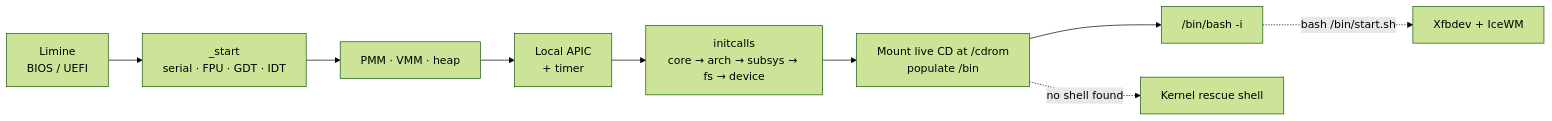
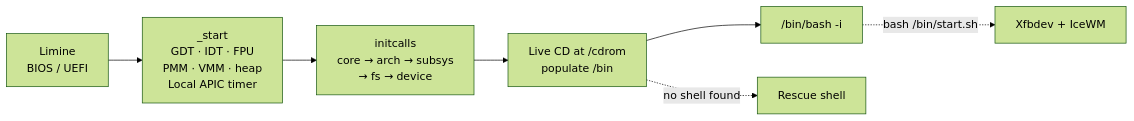
Before and after one commit to Equinox-Collective/EquantOS: the second of 2 diagrams in README.md, drawn with Mermaid (forest theme).

Commit message:
README: make boot sequence diagram more compact

````diff
--- a/README.md
+++ b/README.md
@@ -215,11 +215,9 @@
 ```mermaid
 flowchart LR
-    A["Limine<br/>BIOS / UEFI"] --> B["_start<br/>serial · FPU · GDT · IDT"]
-    B --> C["PMM · VMM · heap"]
-    C --> D["Local APIC<br/>+ timer"]
-    D --> E["initcalls<br/>core → arch → subsys → fs → device"]
-    E --> F["Mount live CD at /cdrom<br/>populate /bin"]
+    A["Limine<br/>BIOS / UEFI"] --> B["_start<br/>GDT · IDT · FPU<br/>PMM · VMM · heap<br/>Local APIC timer"]
+    B --> E["initcalls<br/>core → arch → subsys<br/>→ fs → device"]
+    E --> F["Live CD at /cdrom<br/>populate /bin"]
     F --> G["/bin/bash -i"]
     G -.->|"bash /bin/start.sh"| H["Xfbdev + IceWM"]
-    F -.->|"no shell found"| R["Kernel rescue shell"]
+    F -.->|"no shell found"| R["Rescue shell"]
 ```
````
